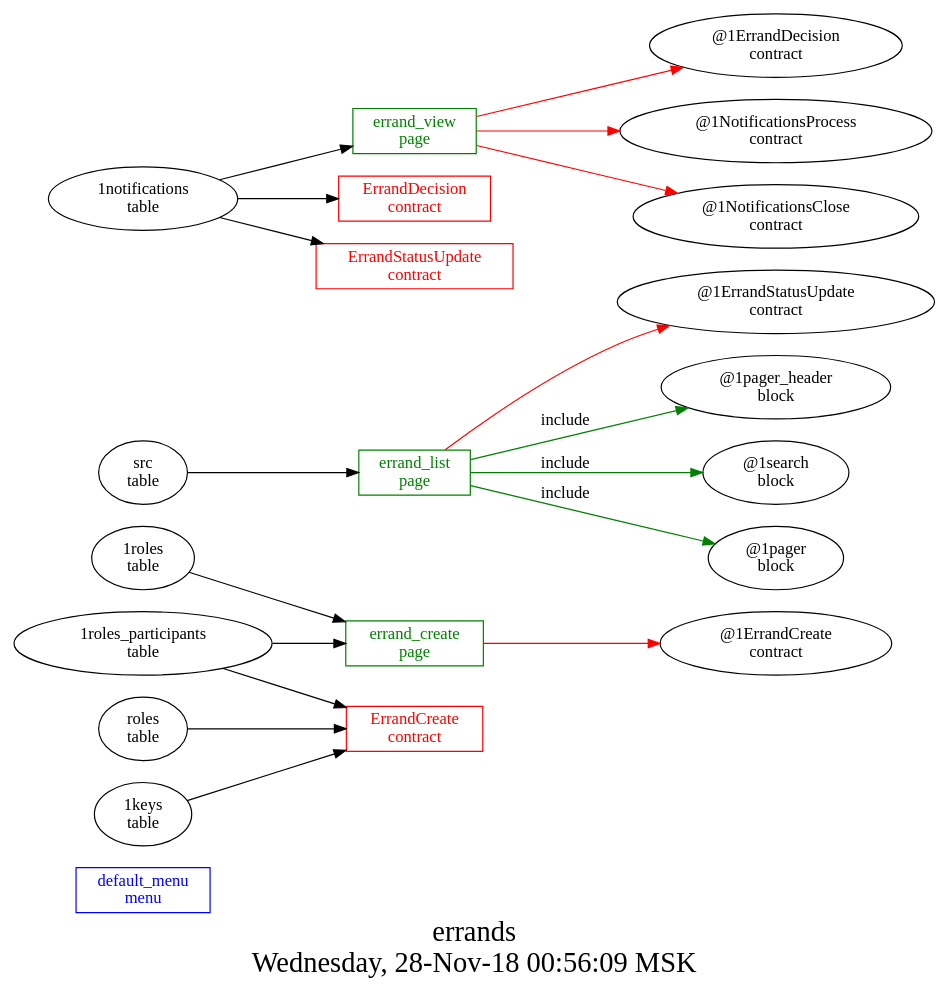
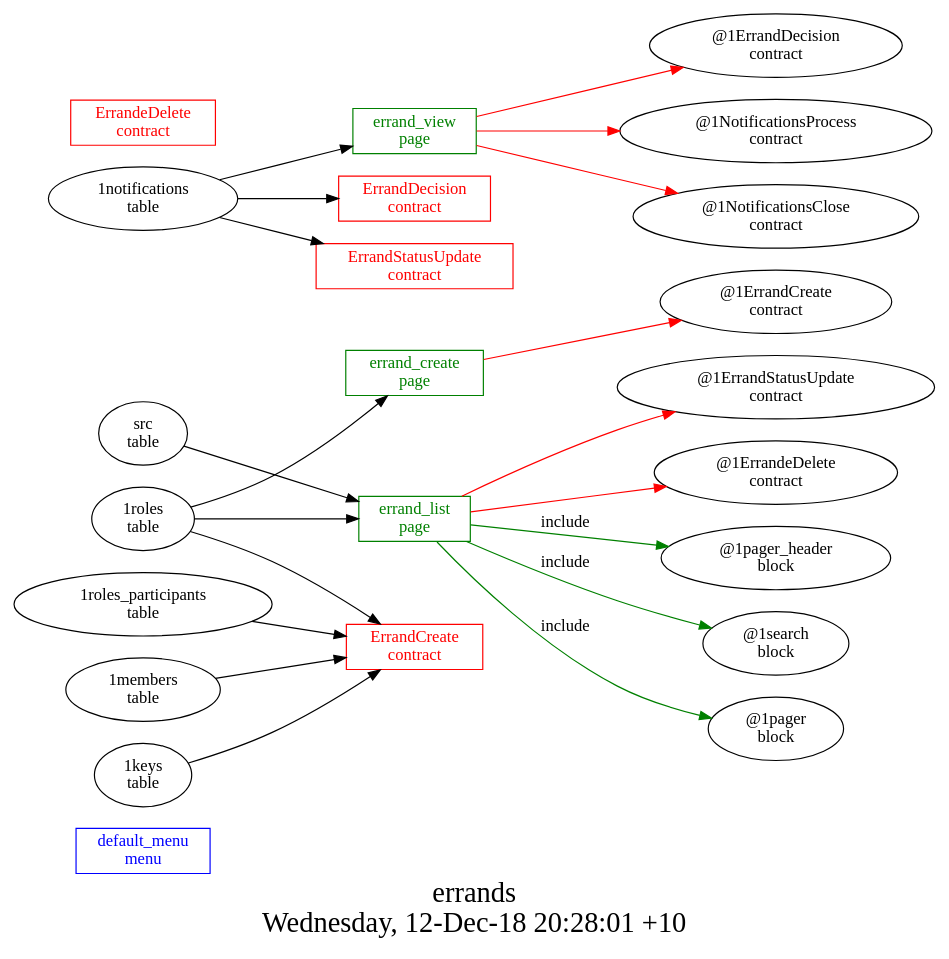
Before and after one commit to AplaProject/apps: the diagram in other/errands/struct.dot, drawn with Graphviz. The commit also changed 7 other files, not shown here.

```diff
--- a/other/errands/struct.dot
+++ b/other/errands/struct.dot
@@ -1,32 +1,35 @@
 digraph G {
 fontsize="24";
-label="errands\nWednesday, 28-Nov-18 00:56:09 MSK";
+label="errands\nWednesday, 12-Dec-18 20:28:01 +10";
 nojustify=true;
 ordering=out;
 rankdir=LR;
 size="30";
 "default_menu\nmenu" [color=blue, fontcolor=blue, group=menus, shape=record];
 "errand_create\npage" -> "@1ErrandCreate\ncontract"  [ color=red ]
 "1roles\ntable" -> "errand_create\npage"
-"1roles_participants\ntable" -> "errand_create\npage"
 "errand_create\npage" [color=green, fontcolor=green, group=pages, shape=record];
 "errand_list\npage" -> "@1ErrandStatusUpdate\ncontract"  [ color=red ]
+"errand_list\npage" -> "@1ErrandeDelete\ncontract"  [ color=red ]
 "src\ntable" -> "errand_list\npage"
+"1roles\ntable" -> "errand_list\npage"
 "errand_list\npage" -> "@1pager_header\nblock"  [ color=green, label=include ]
 "errand_list\npage" -> "@1search\nblock"  [ color=green, label=include ]
 "errand_list\npage" -> "@1pager\nblock"  [ color=green, label=include ]
 "errand_list\npage" [color=green, fontcolor=green, group=pages, shape=record];
 "errand_view\npage" -> "@1ErrandDecision\ncontract"  [ color=red ]
 "errand_view\npage" -> "@1NotificationsProcess\ncontract"  [ color=red ]
 "errand_view\npage" -> "@1NotificationsClose\ncontract"  [ color=red ]
 "1notifications\ntable" -> "errand_view\npage"
 "errand_view\npage" [color=green, fontcolor=green, group=pages, shape=record];
 "1roles_participants\ntable" -> "ErrandCreate\ncontract"
-"roles\ntable" -> "ErrandCreate\ncontract"
+"1roles\ntable" -> "ErrandCreate\ncontract"
+"1members\ntable" -> "ErrandCreate\ncontract"
 "1keys\ntable" -> "ErrandCreate\ncontract"
 "ErrandCreate\ncontract" [color=red, fontcolor=red, group=contracts, shape=record];
 "1notifications\ntable" -> "ErrandDecision\ncontract"
 "ErrandDecision\ncontract" [color=red, fontcolor=red, group=contracts, shape=record];
 "1notifications\ntable" -> "ErrandStatusUpdate\ncontract"
 "ErrandStatusUpdate\ncontract" [color=red, fontcolor=red, group=contracts, shape=record];
+"ErrandeDelete\ncontract" [color=red, fontcolor=red, group=contracts, shape=record];
 }
```
